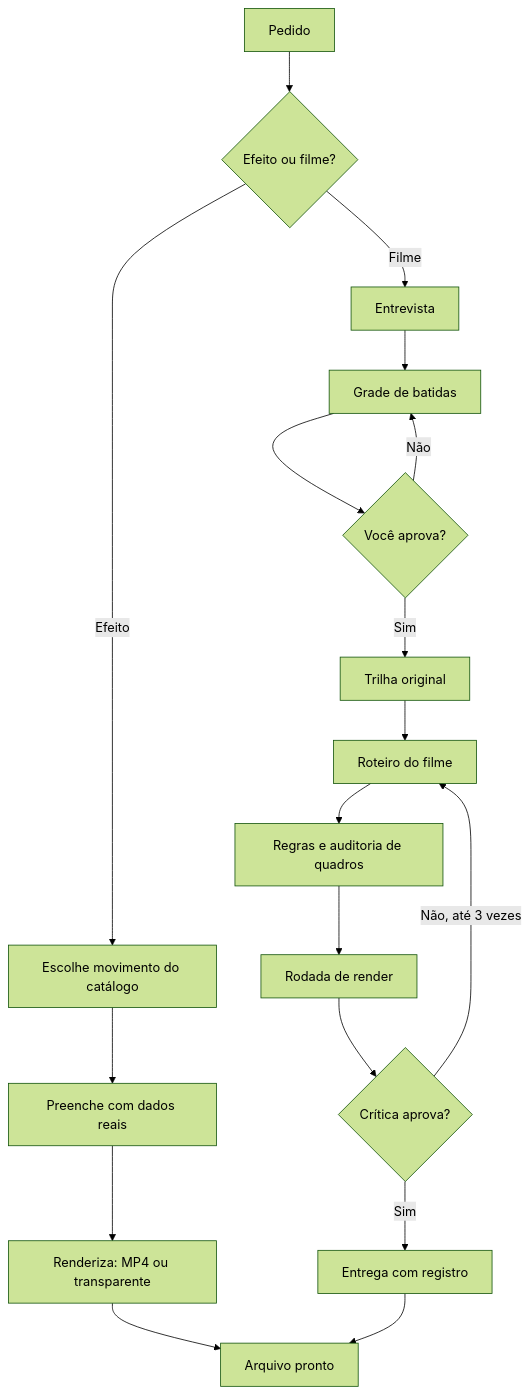
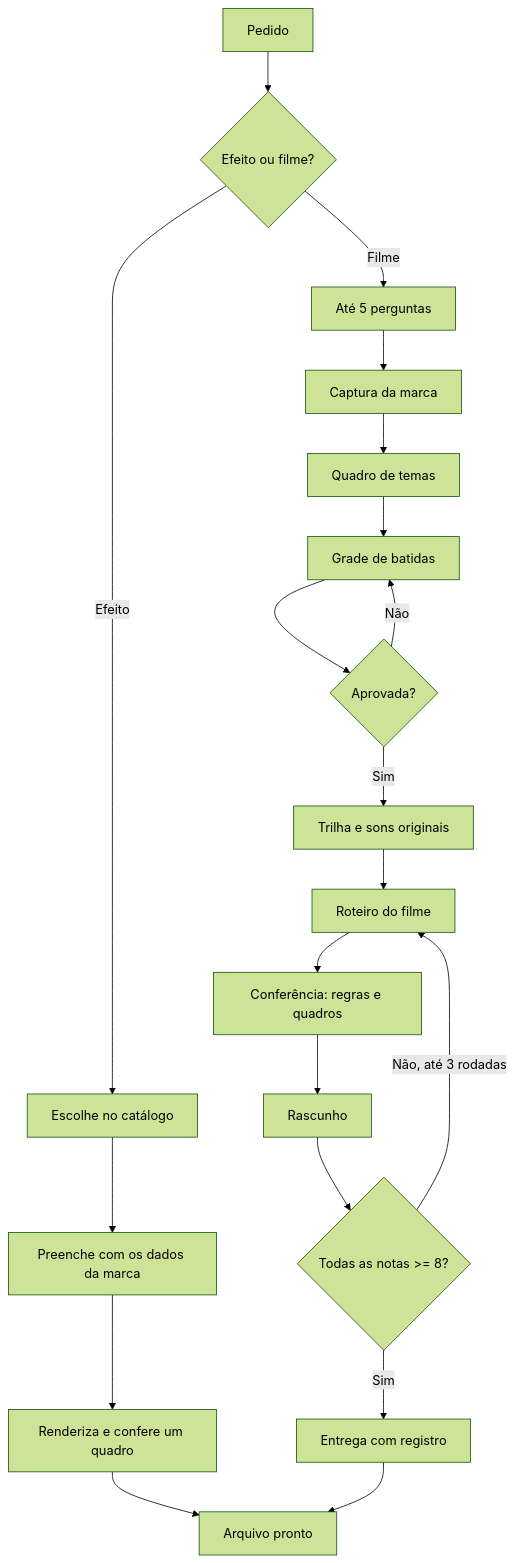
One commit to diegofmonteiro/skill-diretor-de-movimento changed the diagram in docs/manual.md. Above: the diagram before and after it, drawn with Mermaid (forest theme). The commit also changed other lines of this file and 260 other files, not shown here.

Commit message:
Diretor de Movimento 0.2.0 (parte 1 de 5: base, temas e documentação)

````diff
--- a/docs/manual.md
+++ b/docs/manual.md
@@ -65,20 +100,22 @@
 ```mermaid
 flowchart TD
     A[Pedido] --> B{Efeito ou filme?}
-    B -->|Efeito| C[Escolhe movimento do catálogo]
-    C --> D[Preenche com dados reais]
-    D --> E[Renderiza: MP4 ou transparente]
-    B -->|Filme| F[Entrevista]
-    F --> G[Grade de batidas]
-    G --> H{Você aprova?}
-    H -->|Não| G
-    H -->|Sim| I[Trilha original]
-    I --> J[Roteiro do filme]
-    J --> K[Regras e auditoria de quadros]
-    K --> L[Rodada de render]
-    L --> M{Crítica aprova?}
-    M -->|Não, até 3 vezes| J
-    M -->|Sim| N[Entrega com registro]
-    E --> O[Arquivo pronto]
-    N --> O
+    B -->|Efeito| C[Escolhe no catálogo]
+    C --> D[Preenche com os dados da marca]
+    D --> E[Renderiza e confere um quadro]
+    E --> Z[Arquivo pronto]
+    B -->|Filme| F[Até 5 perguntas]
+    F --> G[Captura da marca]
+    G --> H[Quadro de temas]
+    H --> I[Grade de batidas]
+    I --> J{Aprovada?}
+    J -->|Não| I
+    J -->|Sim| K[Trilha e sons originais]
+    K --> L[Roteiro do filme]
+    L --> M[Conferência: regras e quadros]
+    M --> N[Rascunho]
+    N --> O{Todas as notas >= 8?}
+    O -->|Não, até 3 rodadas| L
+    O -->|Sim| P[Entrega com registro]
+    P --> Z
 ```
````
